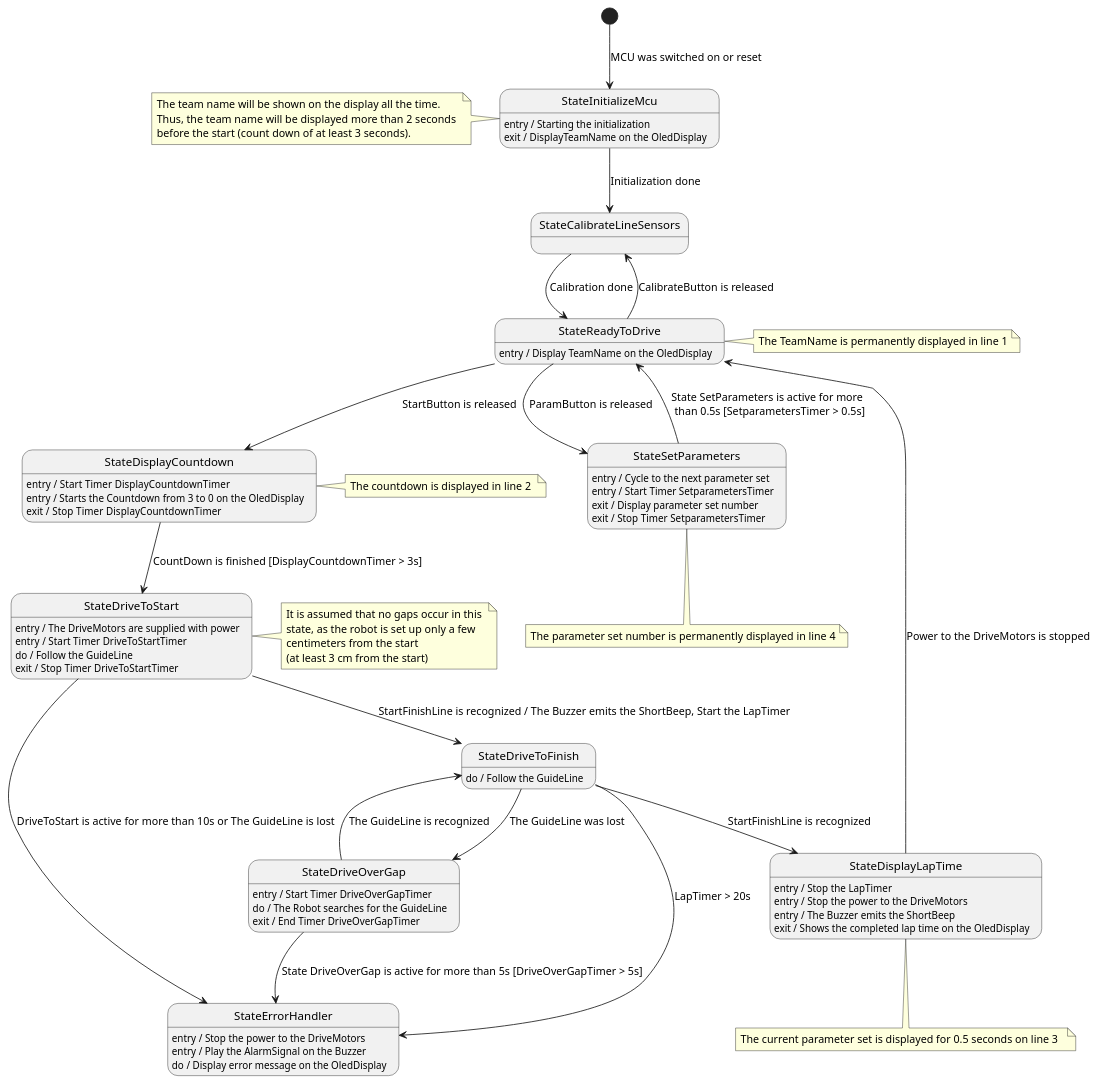
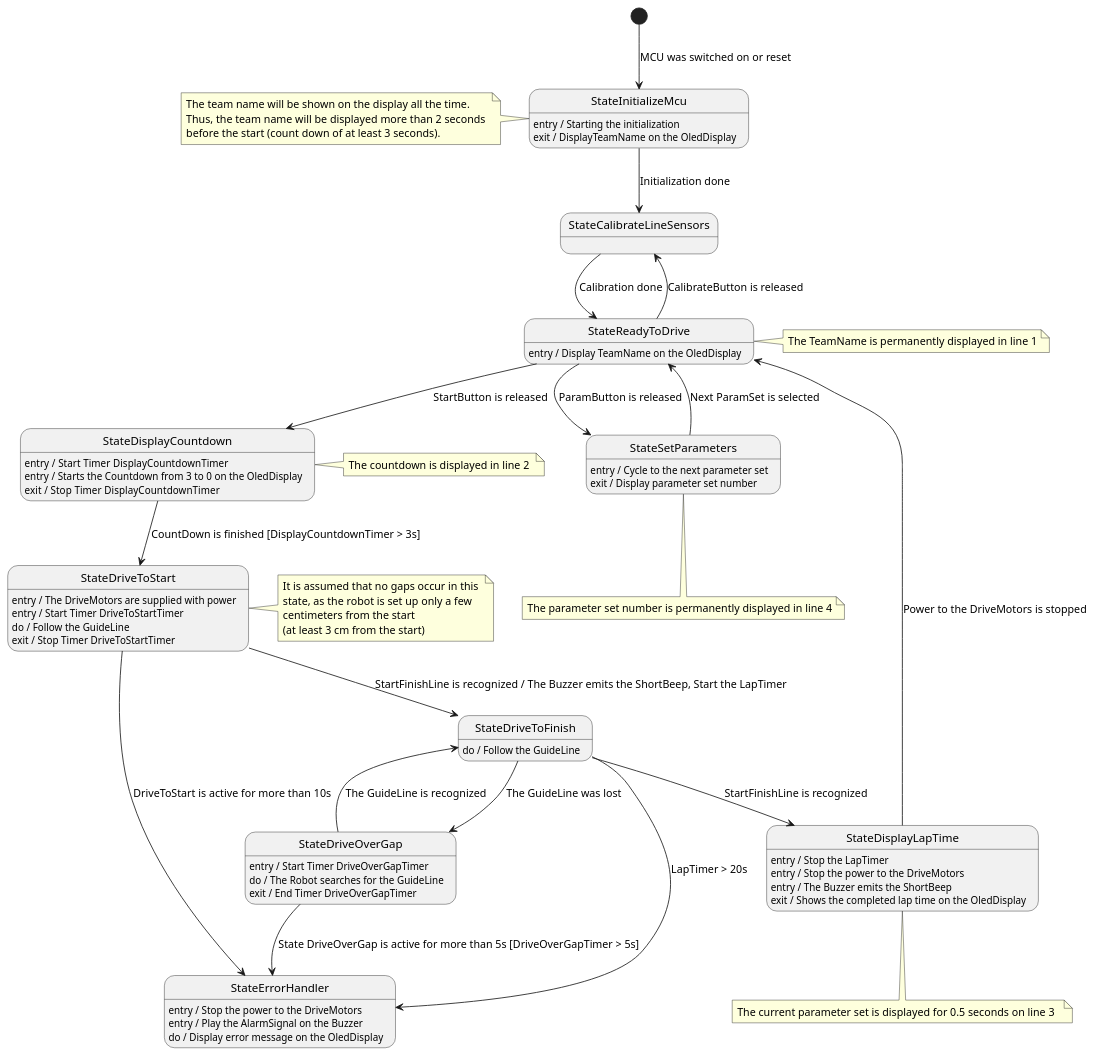
The diagram in Pa2.2/Durchführung/Diagrams/StateDiagram.puml (Manumals/Software_Engineering_fuer_Embedded_Systems), drawn with PlantUML before and after one commit. The commit also changed 30 other files, not shown here.

```diff
--- a/Pa2.2/Durchführung/Diagrams/StateDiagram.puml
+++ b/Pa2.2/Durchführung/Diagrams/StateDiagram.puml
@@ -1,88 +1,86 @@
 @startuml
 
 'StateInitializeMcu'
 [*] --> StateInitializeMcu : MCU was switched on or reset
 StateInitializeMcu --> StateCalibrateLineSensors : Initialization done
 StateInitializeMcu : entry / Starting the initialization
 StateInitializeMcu : exit / DisplayTeamName on the OledDisplay
 note left of StateInitializeMcu
     The team name will be shown on the display all the time. 
     Thus, the team name will be displayed more than 2 seconds 
     before the start (count down of at least 3 seconds).
 end note
 
 'StateCalibrateLineSensors'
 StateCalibrateLineSensors --> StateReadyToDrive : Calibration done
 
 'StateReadyToDrive'
 StateReadyToDrive --> StateSetParameters :ParamButton is released
 StateReadyToDrive --> StateDisplayCountdown : StartButton is released
 StateReadyToDrive --> StateCalibrateLineSensors : CalibrateButton is released
 StateReadyToDrive : entry / Display TeamName on the OledDisplay
 note right of StateReadyToDrive
 The TeamName is permanently displayed in line 1
 end note
 
 'StateDisplayCountdown'
 StateDisplayCountdown --> StateDriveToStart : CountDown is finished [DisplayCountdownTimer > 3s]
 StateDisplayCountdown: entry /  Start Timer DisplayCountdownTimer
 StateDisplayCountdown: entry / Starts the Countdown from 3 to 0 on the OledDisplay
 StateDisplayCountdown: exit /  Stop Timer DisplayCountdownTimer
 note right of StateDisplayCountdown
 The countdown is displayed in line 2 
 end note
 
 'StateDriveToStart'
 StateDriveToStart --> StateDriveToFinish : StartFinishLine is recognized / The Buzzer emits the ShortBeep, Start the LapTimer 
-StateDriveToStart --> StateErrorHandler : DriveToStart is active for more than 10s or The GuideLine is lost
+StateDriveToStart --> StateErrorHandler : DriveToStart is active for more than 10s
 StateDriveToStart: entry / The DriveMotors are supplied with power 
 StateDriveToStart: entry / Start Timer DriveToStartTimer
 StateDriveToStart: do / Follow the GuideLine 
 StateDriveToStart: exit / Stop Timer DriveToStartTimer
 note right of StateDriveToStart
     It is assumed that no gaps occur in this 
     state, as the robot is set up only a few 
     centimeters from the start 
     (at least 3 cm from the start)
 end note
 
 
 'StateDriveToFinish'
 StateDriveToFinish --> StateErrorHandler : LapTimer > 20s
 StateDriveToFinish --> StateDriveOverGap : The GuideLine was lost
 StateDriveToFinish --> StateDisplayLapTime : StartFinishLine is recognized
 StateDriveToFinish : do / Follow the GuideLine 
 
 'StateDriveOverGap'
 StateDriveOverGap --> StateErrorHandler : State DriveOverGap is active for more than 5s [DriveOverGapTimer > 5s]
 StateDriveOverGap  --> StateDriveToFinish : The GuideLine is recognized
 StateDriveOverGap: entry / Start Timer DriveOverGapTimer
 StateDriveOverGap : do / The Robot searches for the GuideLine
 StateDriveOverGap: exit / End Timer DriveOverGapTimer
 
 'StateDisplayLapTime
 StateDisplayLapTime  --> StateReadyToDrive : Power to the DriveMotors is stopped
 StateDisplayLapTime : entry / Stop the LapTimer
 StateDisplayLapTime : entry / Stop the power to the DriveMotors
 StateDisplayLapTime : entry / The Buzzer emits the ShortBeep
 StateDisplayLapTime : exit / Shows the completed lap time on the OledDisplay
 note bottom of StateDisplayLapTime
 The current parameter set is displayed for 0.5 seconds on line 3  
 end note
 
 'StateSetParameters
-StateSetParameters --> StateReadyToDrive : State SetParameters is active for more \n than 0.5s [SetparametersTimer > 0.5s]
+StateSetParameters --> StateReadyToDrive : Next ParamSet is selected
 StateSetParameters: entry / Cycle to the next parameter set
-StateSetParameters: entry / Start Timer SetparametersTimer
 StateSetParameters: exit / Display parameter set number
-StateSetParameters: exit / Stop Timer SetparametersTimer
 note bottom of StateSetParameters
 The parameter set number is permanently displayed in line 4
 end note
 
 'StateErrorHandler
 StateErrorHandler: entry / Stop the power to the DriveMotors
 StateErrorHandler: entry / Play the AlarmSignal on the Buzzer
 StateErrorHandler: do / Display error message on the OledDisplay
 
 @enduml
```
